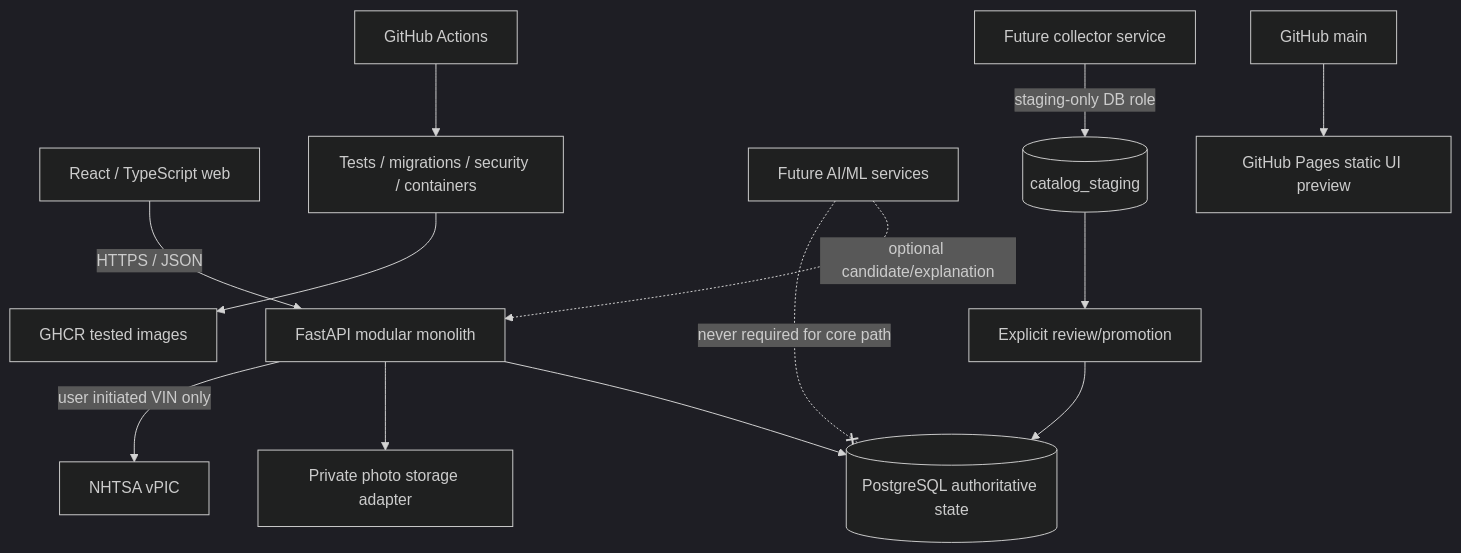
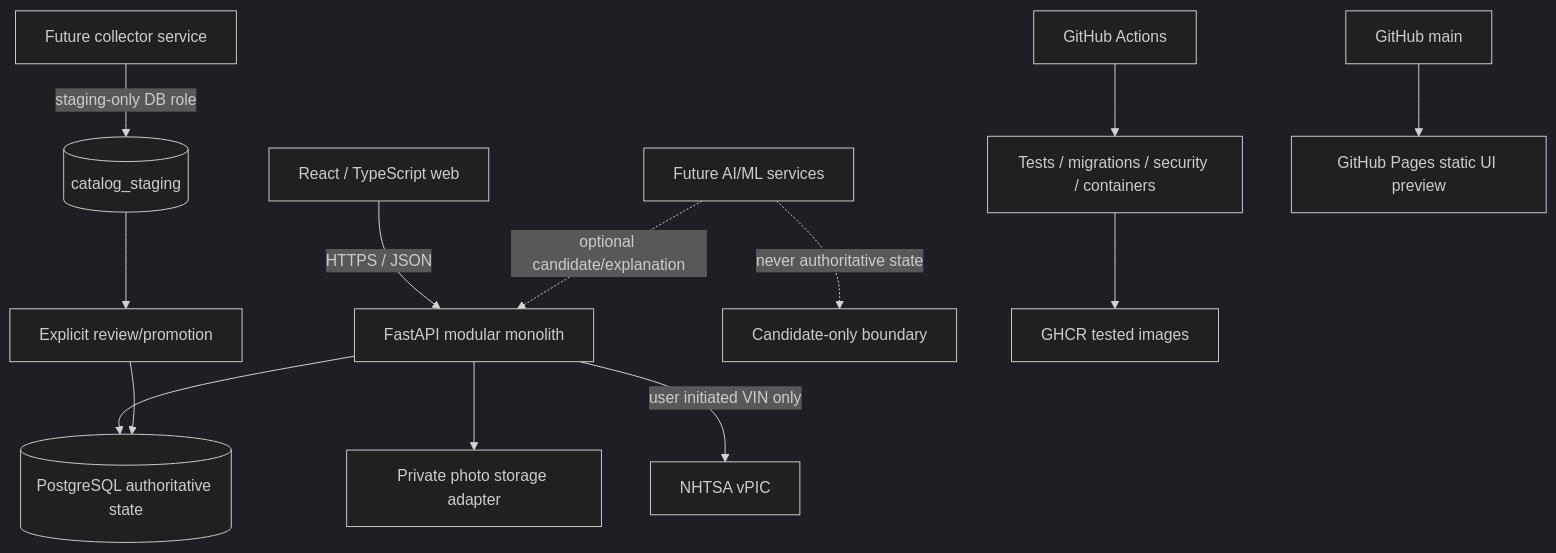
The seventh of 9 diagrams in docs/PARTGRAPH_SYSTEM_UML.md (Vivek-k24/forgebridge-demo), drawn with Mermaid (dark theme) before and after one commit. The commit also changed other lines of this file, not shown here.

Commit message:
Harden Mermaid UML rendering syntax

````diff
--- a/docs/PARTGRAPH_SYSTEM_UML.md
+++ b/docs/PARTGRAPH_SYSTEM_UML.md
@@ -275,18 +276,18 @@
 ```mermaid
 flowchart TB
     BROWSER[React / TypeScript web] -->|HTTPS / JSON| API[FastAPI modular monolith]
     API --> PG[(PostgreSQL authoritative state)]
     API --> MEDIA[Private photo storage adapter]
     API -->|user initiated VIN only| NHTSA[NHTSA vPIC]
 
     COLLECTOR[Future collector service] -->|staging-only DB role| STAGING[(catalog_staging)]
     STAGING --> PROMOTE[Explicit review/promotion]
     PROMOTE --> PG
 
     AI[Future AI/ML services] -. optional candidate/explanation .-> API
-    AI -. never required for core path .-x PG
+    AI -. never authoritative state .-> AI_GUARD[Candidate-only boundary]
 
     CI[GitHub Actions] --> TEST[Tests / migrations / security / containers]
     TEST --> GHCR[GHCR tested images]
     MAIN[GitHub main] --> PAGES[GitHub Pages static UI preview]
 ```
````
